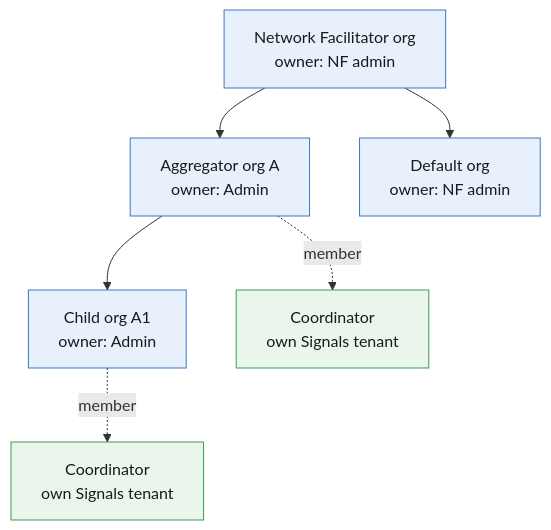
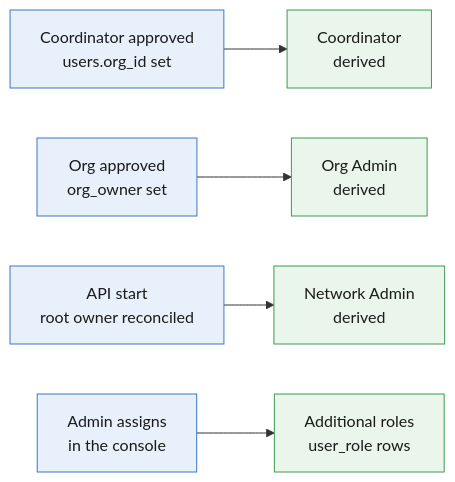
Before and after one commit to Blue-Dots-Economy/aggregator-dpg: the second of 5 diagrams in docs/rbac/rbac-design-aggregator.md, drawn with Mermaid. The commit also changed other lines of this file and 106 other files, not shown here.

````diff
--- a/docs/rbac/rbac-design-aggregator.md
+++ b/docs/rbac/rbac-design-aggregator.md
@@ -39,18 +126,19 @@
 ```mermaid
-flowchart TD
-    NF["Network Facilitator org<br/>owner: NF admin"]
-    A["Aggregator org A<br/>owner: Admin"]
-    D["Default org<br/>owner: NF admin"]
-    A1["Child org A1<br/>owner: Admin"]
-    C1["Coordinator<br/>own Signals tenant"]
-    C2["Coordinator<br/>own Signals tenant"]
-    NF --> A
-    NF --> D
-    A --> A1
-    A -. member .-> C1
-    A1 -. member .-> C2
-    classDef org fill:#e8f1fb,stroke:#3b78c4,color:#1a1a1a
-    classDef user fill:#eaf6ec,stroke:#3f9a52,color:#1a1a1a
-    class NF,A,D,A1 org
-    class C1,C2 user
+flowchart LR
+    CA["Coordinator approved<br/>users.org_id set"]
+    OA["Org approved<br/>org_owner set"]
+    RB["API start<br/>root owner reconciled"]
+    G["Admin assigns<br/>in the console"]
+    CO["Coordinator<br/>derived"]
+    OR["Org Admin<br/>derived"]
+    NA["Network Admin<br/>derived"]
+    X["Additional roles<br/>user_role rows"]
+    CA --> CO
+    OA --> OR
+    RB --> NA
+    G --> X
+    classDef ev fill:#e8f1fb,stroke:#3b78c4,color:#1a1a1a
+    classDef role fill:#eaf6ec,stroke:#3f9a52,color:#1a1a1a
+    class CA,OA,RB,G ev
+    class CO,OR,NA,X role
 ```
````
